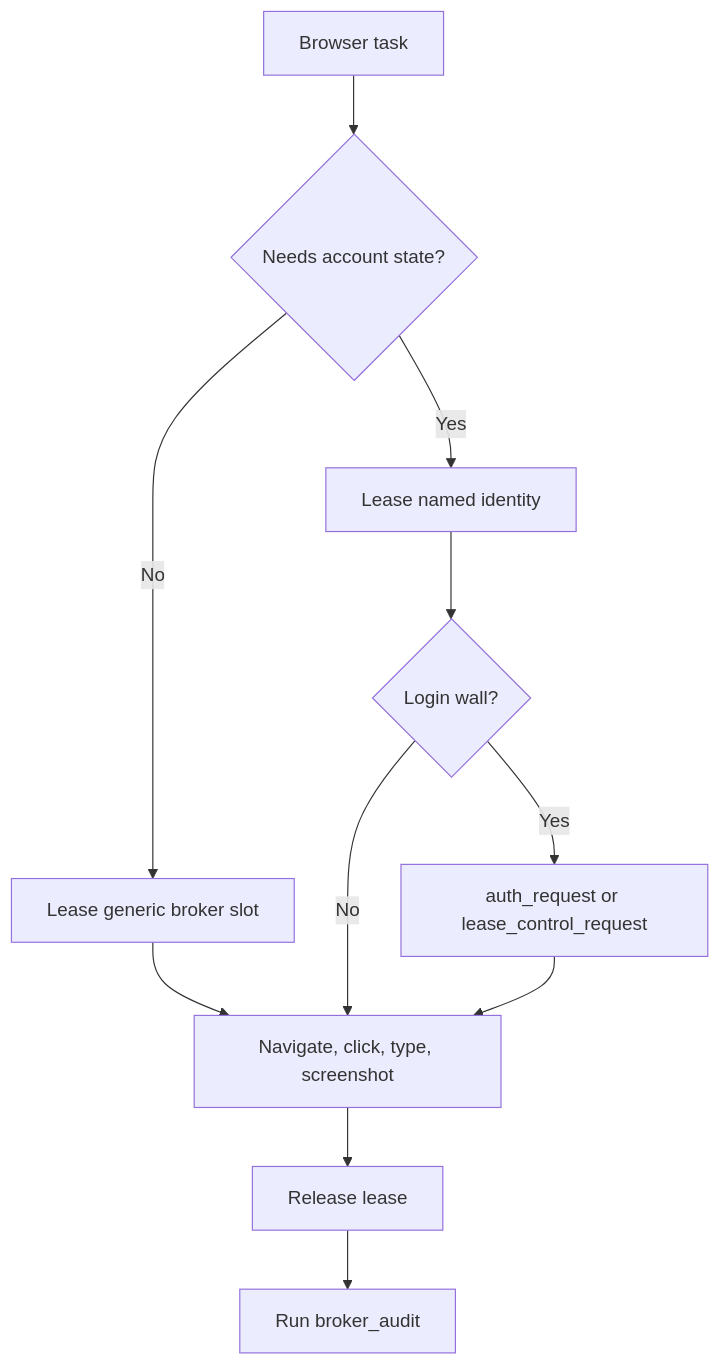
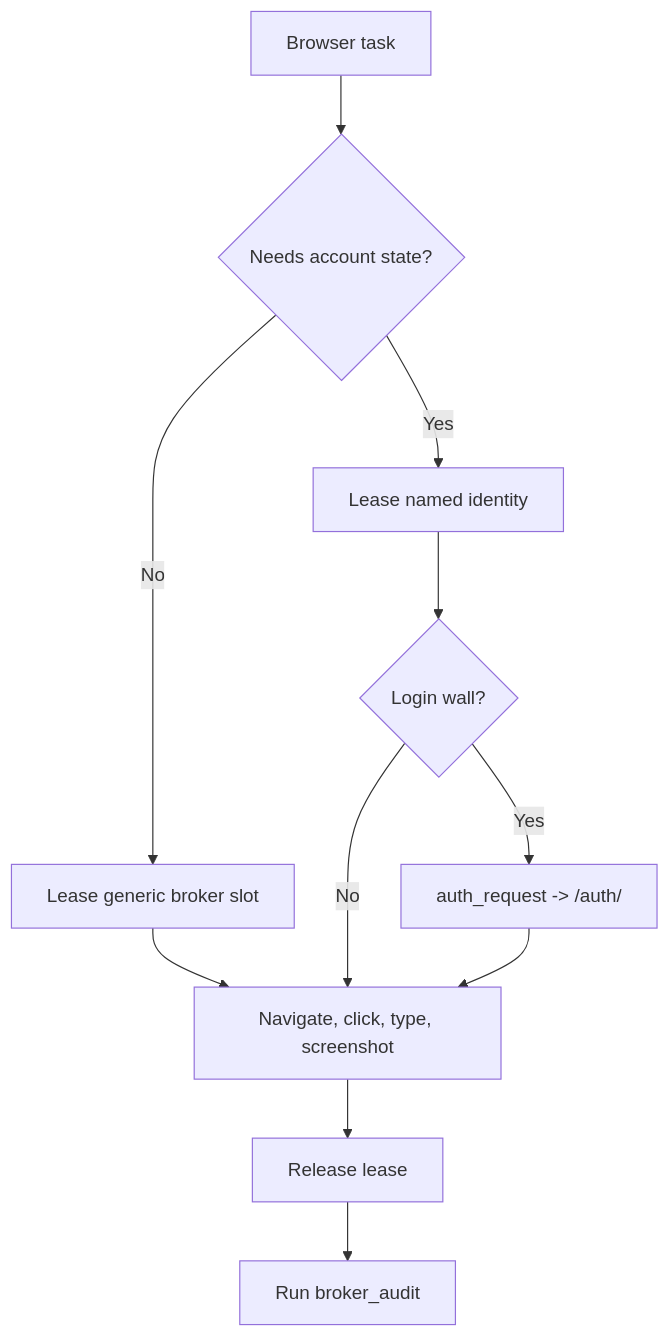
Before and after one commit to floomhq/openbrowser: the diagram in docs/browser-routing.md, drawn with Mermaid. The commit also changed other lines of this file and 10 other files, not shown here.

Commit message:
Make auth handoff default to real auth links

````diff
--- a/docs/browser-routing.md
+++ b/docs/browser-routing.md
@@ -5,13 +5,13 @@
 ```mermaid
 flowchart TD
   Task["Browser task"] --> NeedAuth{"Needs account state?"}
   NeedAuth -->|No| Generic["Lease generic broker slot"]
   NeedAuth -->|Yes| Identity["Lease named identity"]
   Identity --> Login{"Login wall?"}
   Login -->|No| Act["Navigate, click, type, screenshot"]
-  Login -->|Yes| Handoff["auth_request or lease_control_request"]
+  Login -->|Yes| Handoff["auth_request -> /auth/<token>"]
   Generic --> Act
   Handoff --> Act
   Act --> Release["Release lease"]
   Release --> Audit["Run broker_audit"]
 ```
````
